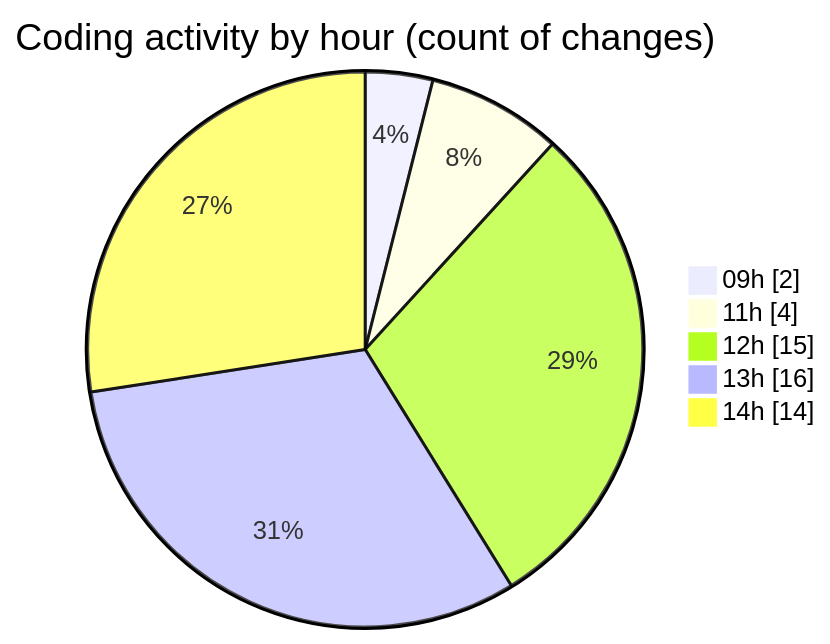
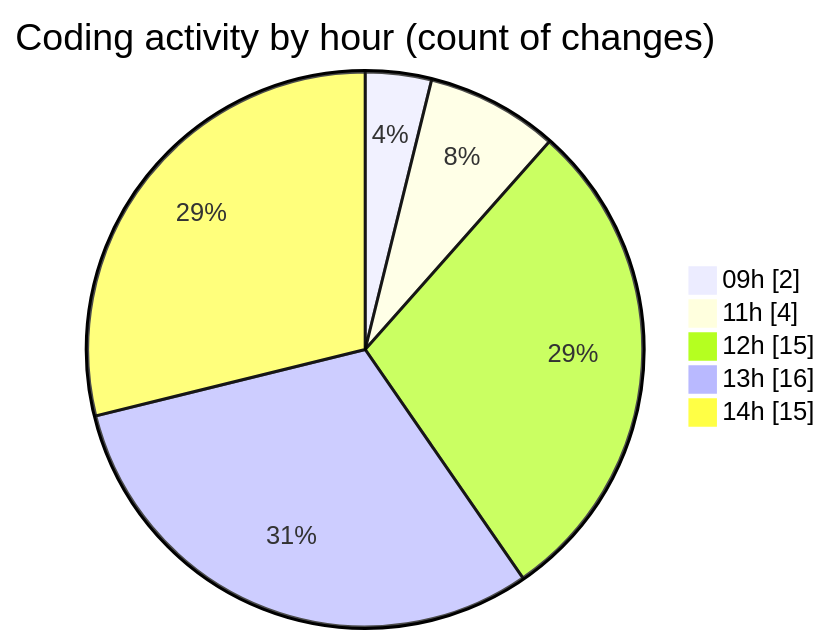
Before and after one commit to Elitesun/code-tracking: the second of 2 diagrams in 2025-04-30/niten/README.md, drawn with Mermaid. The commit also changed other lines of this file and 1 other file, not shown here.

````diff
--- a/2025-04-30/niten/README.md
+++ b/2025-04-30/niten/README.md
@@ -49,9 +49,9 @@
 ```mermaid
 pie showData
 title Coding activity by hour (count of changes)
 "09h" : 2
 "11h" : 4
 "12h" : 15
 "13h" : 16
-"14h" : 14
+"14h" : 15
 ```
````
